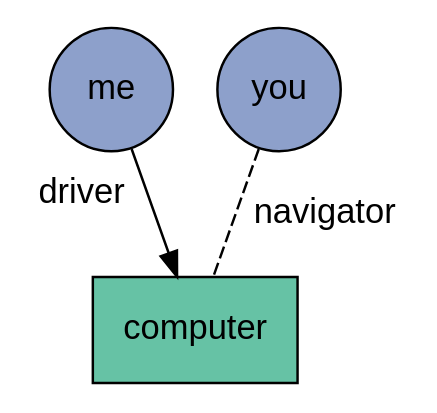
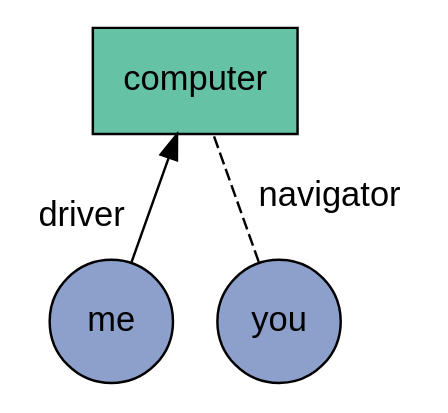
Before and after one commit to madison-python/pair-night: the diagram in dot/pair-programming.gv, drawn with Graphviz. The commit also changed 1 other file, not shown here.

Commit message:
Flip perspective on pair programming figure

```diff
--- a/dot/pair-programming.gv
+++ b/dot/pair-programming.gv
@@ -1,22 +1,22 @@
 digraph {
   fontname=Helvetica;
   label="Pair programming"
   labelloc="t"
-  rankdir=RB
+  rankdir=BT
   node[shape=circle label="" style=filled fontname=Helvetica width=0.7]
   edge[fontname=Helvetica]
 
   sbs_p1
 
   sbs_p1[label="me"]
   sbs_p2[label="you"]
   sbs_laptop[label="computer" height=0.6]
 
   label=""
   sbs_p1 -> sbs_laptop[xlabel="driver  "]
-  sbs_p2 -> sbs_laptop[dir=none label="navigator" style="dashed"]
+  sbs_p2 -> sbs_laptop[dir=none label=" navigator" style="dashed"]
 
   sbs_p1, sbs_p2[fillcolor="#8DA0CB"]
   sbs_laptop[shape=rectangle fillcolor="#66C2A5"]
 
 }
```
